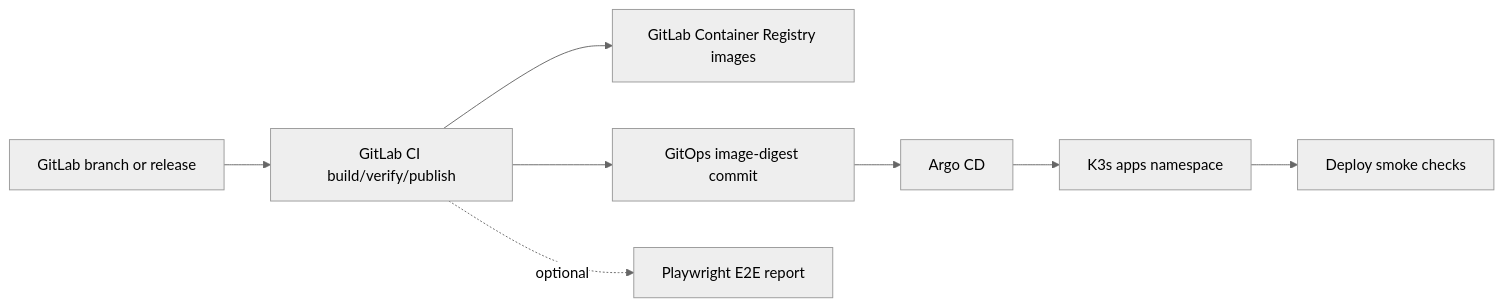
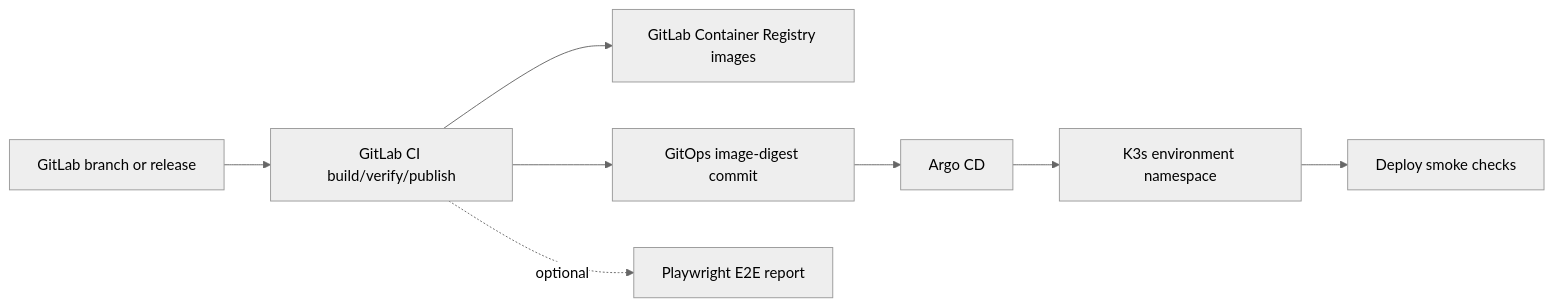
Before and after one commit to chefzaid/devapp: the second of 2 diagrams in docs/architecture.md, drawn with Mermaid (neutral theme). The commit also changed other lines of this file and 11 other files, not shown here.

````diff
--- a/docs/architecture.md
+++ b/docs/architecture.md
@@ -24,10 +24,10 @@
 ```mermaid
 flowchart LR
     source[GitLab branch or release] --> pipeline[GitLab CI build/verify/publish]
     pipeline --> registry[GitLab Container Registry images]
     pipeline --> desired[GitOps image-digest commit]
     pipeline -. optional .-> browserTest[Playwright E2E report]
     desired --> argo[Argo CD]
-    argo --> k3s[K3s apps namespace]
+    argo --> k3s[K3s environment namespace]
     k3s --> smoke[Deploy smoke checks]
 ```
````
